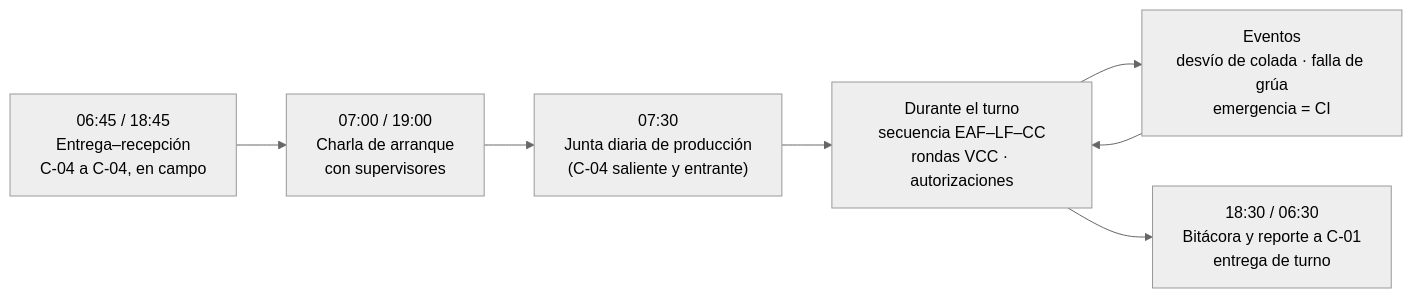
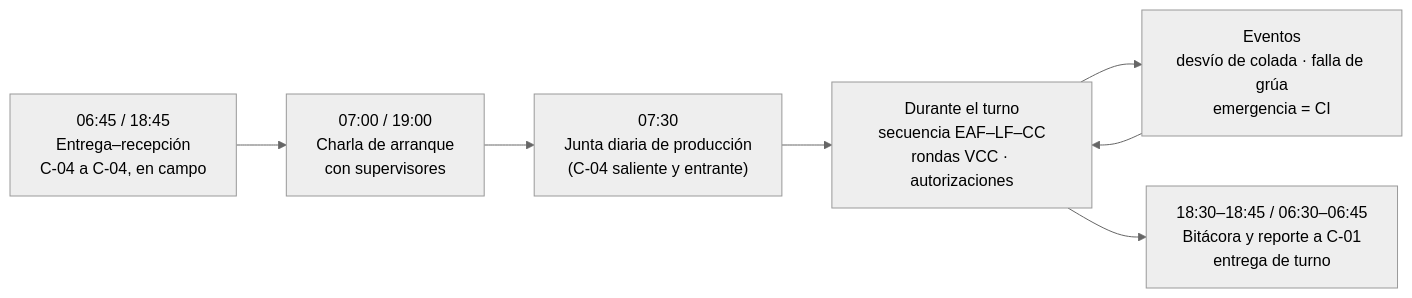
The first of 7 diagrams in 10-plantas/01-steelmaking/06-instrucciones-trabajo/IT-C04-jefe-turno-aceria.md (diegocardonaguzman03-maker/HR), drawn with Mermaid (neutral theme) before and after one commit. The commit also changed other lines of this file and 7 other files, not shown here.

````diff
--- a/10-plantas/01-steelmaking/06-instrucciones-trabajo/IT-C04-jefe-turno-aceria.md
+++ b/10-plantas/01-steelmaking/06-instrucciones-trabajo/IT-C04-jefe-turno-aceria.md
@@ -34,9 +34,9 @@
 ```mermaid
 flowchart LR
     A["06:45 / 18:45<br/>Entrega–recepción<br/>C-04 a C-04, en campo"] --> B["07:00 / 19:00<br/>Charla de arranque<br/>con supervisores"]
     B --> C["07:30<br/>Junta diaria de producción<br/>(C-04 saliente y entrante)"]
     C --> D["Durante el turno<br/>secuencia EAF–LF–CC<br/>rondas VCC · autorizaciones"]
     D --> E["Eventos<br/>desvío de colada · falla de grúa<br/>emergencia = CI"]
     E --> D
-    D --> F["18:30 / 06:30<br/>Bitácora y reporte a C-01<br/>entrega de turno"]
+    D --> F["18:30–18:45 / 06:30–06:45<br/>Bitácora y reporte a C-01<br/>entrega de turno"]
 ```
````
